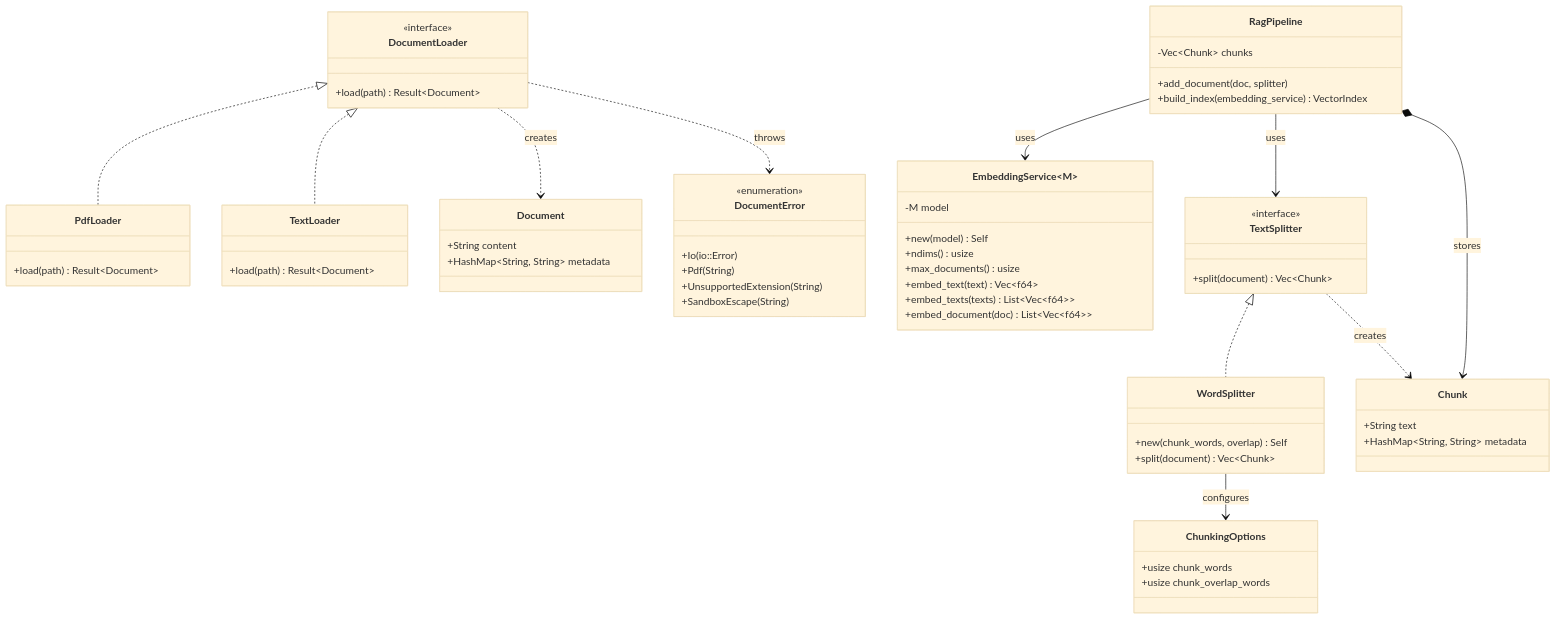
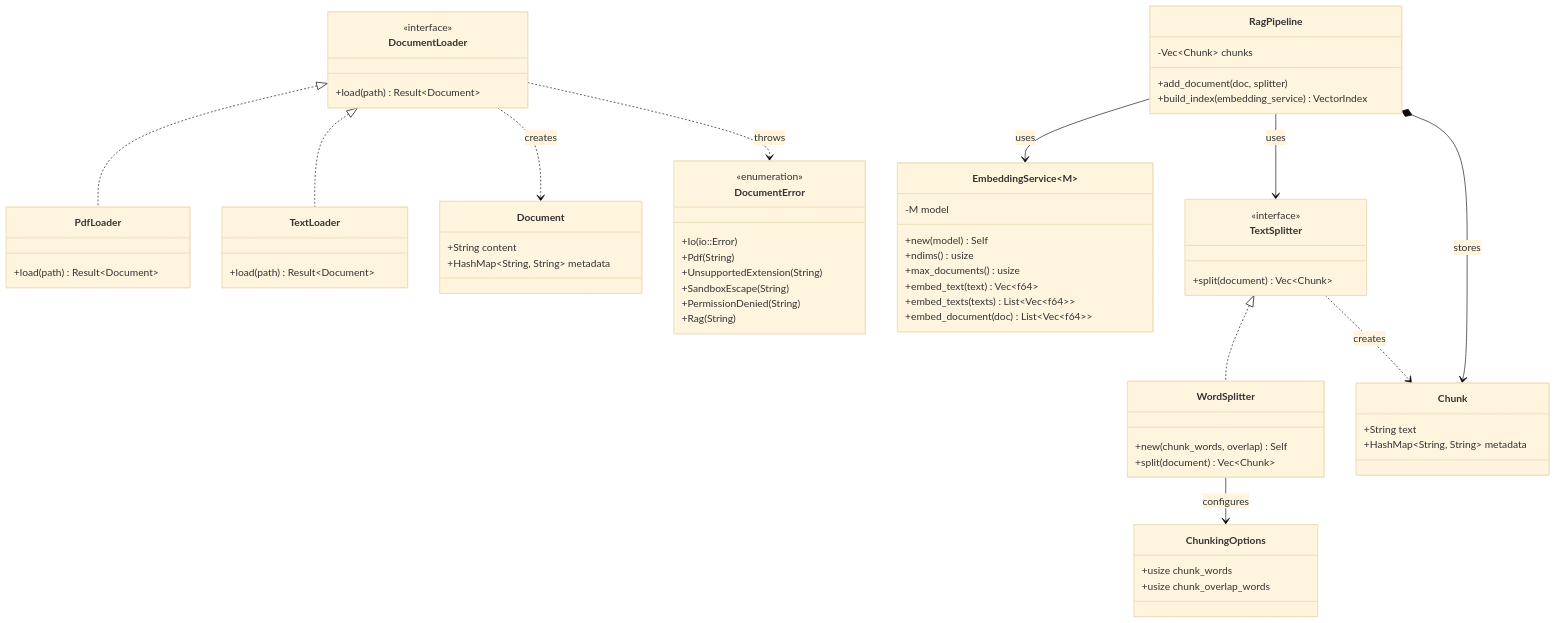
Before and after one commit to skaarfundgandr/agent_rs: the third of 4 diagrams in docs/diagrams/class-diagram.md, drawn with Mermaid (base theme). The commit also changed 6 other files, not shown here.

````diff
--- a/docs/diagrams/class-diagram.md
+++ b/docs/diagrams/class-diagram.md
@@ -127,78 +127,80 @@
 ```mermaid
 classDiagram
     direction TB
     class Document {
         +String content
         +HashMap~String, String~ metadata
     }
 
     class Chunk {
         +String text
         +HashMap~String, String~ metadata
     }
 
     class ChunkingOptions {
         +usize chunk_words
         +usize chunk_overlap_words
     }
 
     class DocumentLoader {
         <<interface>>
         +load(path) Result~Document~
     }
 
     class PdfLoader {
         +load(path) Result~Document~
     }
 
     class TextLoader {
         +load(path) Result~Document~
     }
 
     class TextSplitter {
         <<interface>>
         +split(document) Vec~Chunk~
     }
 
     class WordSplitter {
         +new(chunk_words, overlap) Self
         +split(document) Vec~Chunk~
     }
 
     class RagPipeline {
         -Vec~Chunk~ chunks
         +add_document(doc, splitter)
         +build_index(embedding_service) VectorIndex
     }
 
     class EmbeddingService~M~ {
         -M model
         +new(model) Self
         +ndims() usize
         +max_documents() usize
         +embed_text(text) Vec~f64~
         +embed_texts(texts) List~Vec~f64~~
         +embed_document(doc) List~Vec~f64~~
     }
 
     class DocumentError {
         <<enumeration>>
         +Io(io::Error)
         +Pdf(String)
         +UnsupportedExtension(String)
         +SandboxEscape(String)
+        +PermissionDenied(String)
+        +Rag(String)
     }
 
     DocumentLoader <|.. PdfLoader
     DocumentLoader <|.. TextLoader
     DocumentLoader ..> Document : creates
     DocumentLoader ..> DocumentError : throws
     
     TextSplitter <|.. WordSplitter
     WordSplitter --> ChunkingOptions : configures
     TextSplitter ..> Chunk : creates
 
     RagPipeline --> EmbeddingService : uses
     RagPipeline --> TextSplitter : uses
     RagPipeline *--> Chunk : stores
 ```
````
